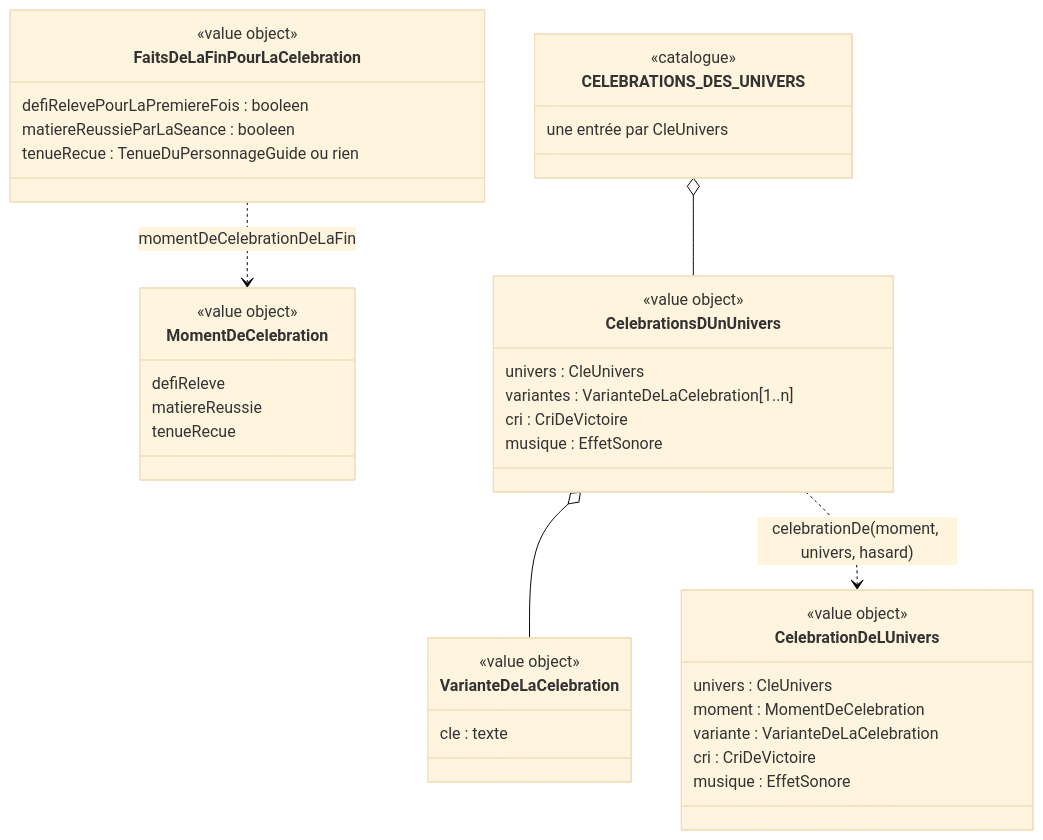
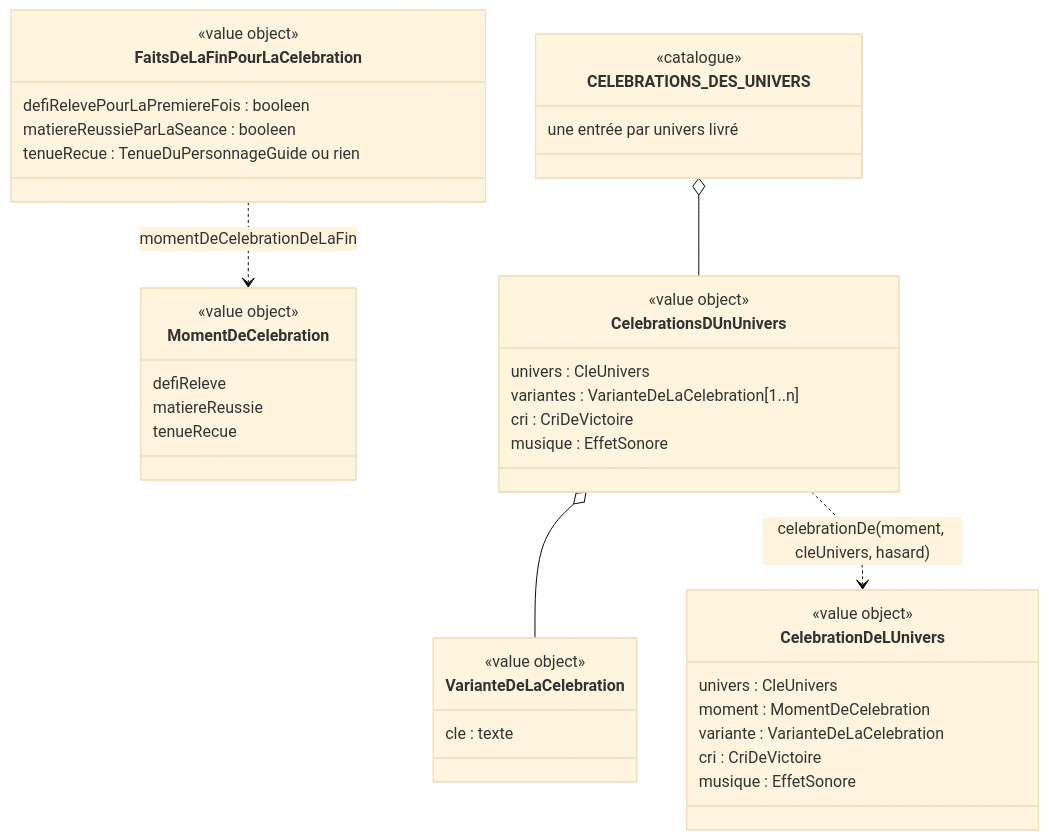
One commit to SBA-dev/github-move changed the diagram in docs/stories/106/domain-model.md. Above: the diagram before and after it, drawn with Mermaid (base theme). The commit also changed other lines of this file and 4 other files, not shown here.

````diff
--- a/docs/stories/106/domain-model.md
+++ b/docs/stories/106/domain-model.md
@@ -59,42 +60,42 @@
 ```mermaid
 classDiagram
   class MomentDeCelebration {
     <<value object>>
     defiReleve
     matiereReussie
     tenueRecue
   }
   class FaitsDeLaFinPourLaCelebration {
     <<value object>>
     defiRelevePourLaPremiereFois : booleen
     matiereReussieParLaSeance : booleen
     tenueRecue : TenueDuPersonnageGuide ou rien
   }
   class CelebrationsDUnUnivers {
     <<value object>>
     univers : CleUnivers
     variantes : VarianteDeLaCelebration[1..n]
     cri : CriDeVictoire
     musique : EffetSonore
   }
   class VarianteDeLaCelebration {
     <<value object>>
     cle : texte
   }
   class CelebrationDeLUnivers {
     <<value object>>
     univers : CleUnivers
     moment : MomentDeCelebration
     variante : VarianteDeLaCelebration
     cri : CriDeVictoire
     musique : EffetSonore
   }
   class CELEBRATIONS_DES_UNIVERS {
     <<catalogue>>
-    une entrée par CleUnivers
+    une entrée par univers livré
   }
   FaitsDeLaFinPourLaCelebration ..> MomentDeCelebration : momentDeCelebrationDeLaFin
   CELEBRATIONS_DES_UNIVERS o-- CelebrationsDUnUnivers
   CelebrationsDUnUnivers o-- VarianteDeLaCelebration
-  CelebrationsDUnUnivers ..> CelebrationDeLUnivers : celebrationDe(moment, univers, hasard)
+  CelebrationsDUnUnivers ..> CelebrationDeLUnivers : celebrationDe(moment, cleUnivers, hasard)
 ```
````
